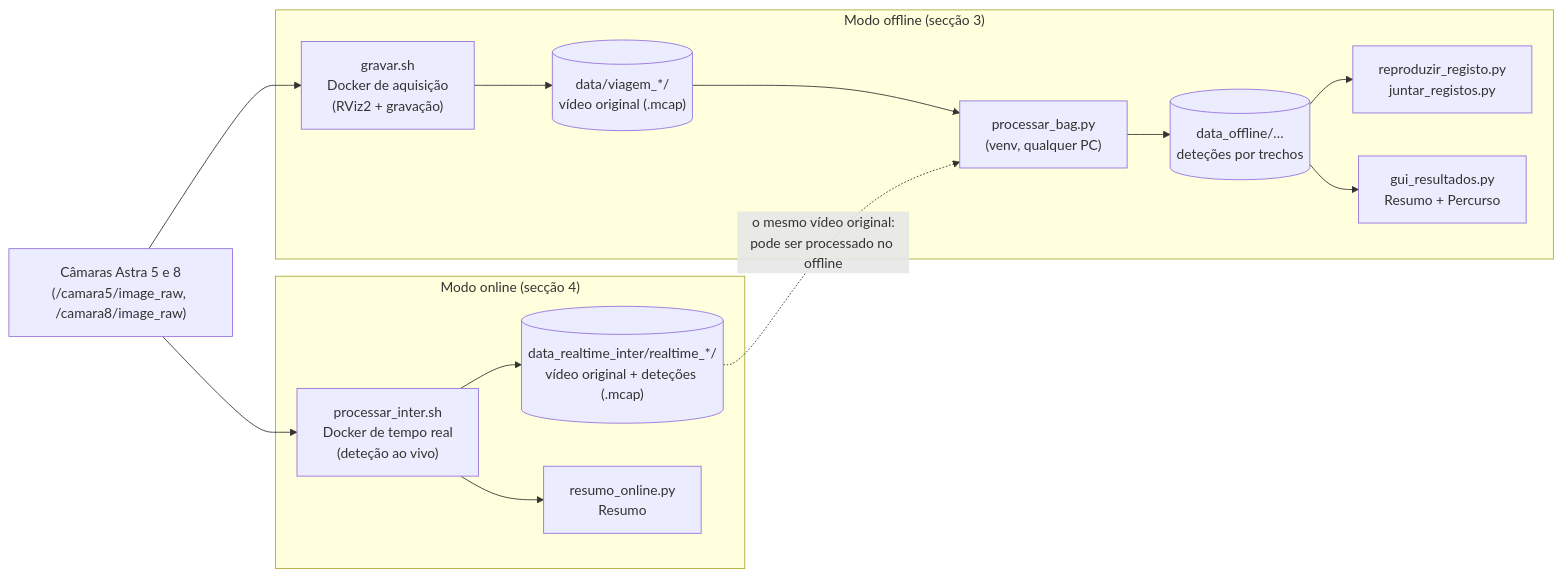
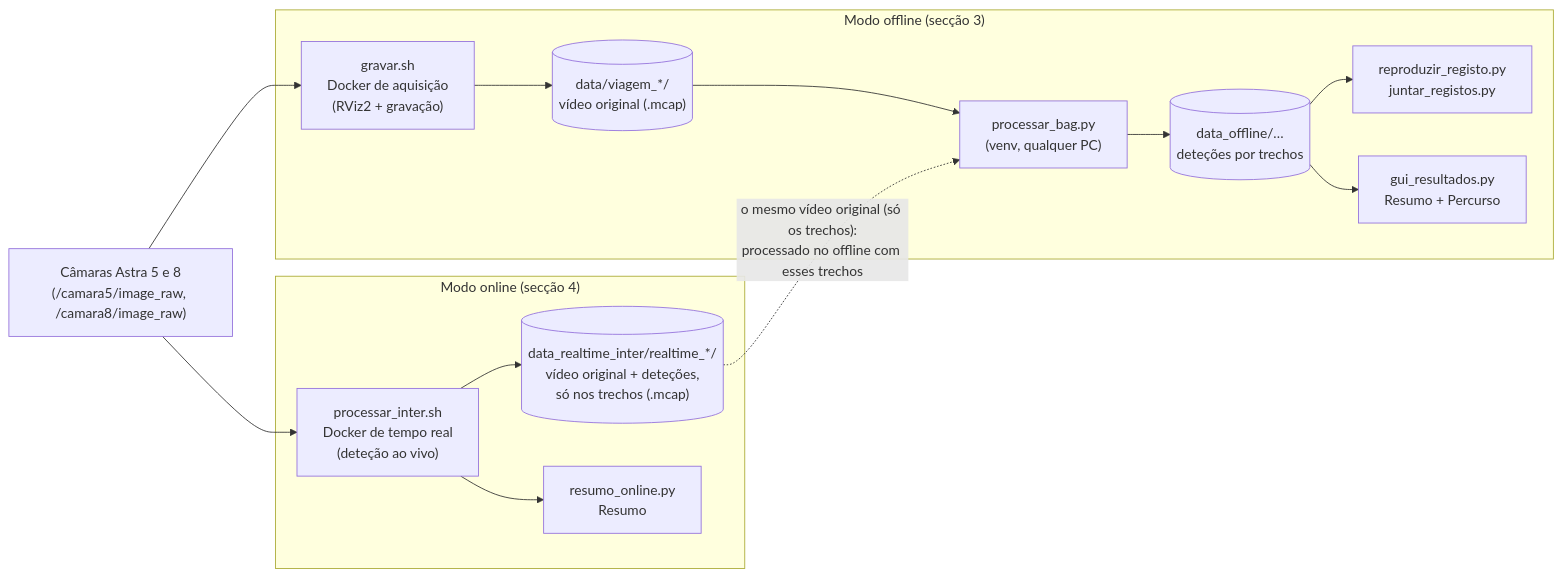
The diagram in README.md (afv2003/aquisi-o_astra_orbec), drawn with Mermaid before and after one commit. The commit also changed other lines of this file and 11 other files, not shown here.

Commit message:
Online: gravação só nos trechos (R / trecho.sh / --registar-tudo); offline usa os trechos do online

````diff
--- a/README.md
+++ b/README.md
@@ -29,28 +29,28 @@
 ```mermaid
 flowchart LR
     CAM["Câmaras Astra 5 e 8<br/>(/camara5/image_raw, /camara8/image_raw)"]
 
     subgraph OFF["Modo offline (secção 3)"]
         GR["gravar.sh<br/>Docker de aquisição<br/>(RViz2 + gravação)"]
         BAG1[("data/viagem_*/<br/>vídeo original (.mcap)")]
         PB["processar_bag.py<br/>(venv, qualquer PC)"]
         REG[("data_offline/…<br/>deteções por trechos")]
         RR["reproduzir_registo.py<br/>juntar_registos.py"]
         GUI["gui_resultados.py<br/>Resumo + Percurso"]
         GR --> BAG1 --> PB --> REG
         REG --> RR
         REG --> GUI
     end
 
     subgraph ON["Modo online (secção 4)"]
         PI["processar_inter.sh<br/>Docker de tempo real<br/>(deteção ao vivo)"]
-        BAG2[("data_realtime_inter/realtime_*/<br/>vídeo original + deteções (.mcap)")]
+        BAG2[("data_realtime_inter/realtime_*/<br/>vídeo original + deteções,<br/>só nos trechos (.mcap)")]
         RO["resumo_online.py<br/>Resumo"]
         PI --> BAG2
         PI --> RO
     end
 
     CAM --> GR
     CAM --> PI
-    BAG2 -.->|"o mesmo vídeo original:<br/>pode ser processado no offline"| PB
+    BAG2 -.->|"o mesmo vídeo original (só os trechos):<br/>processado no offline com esses trechos"| PB
 ```
````
